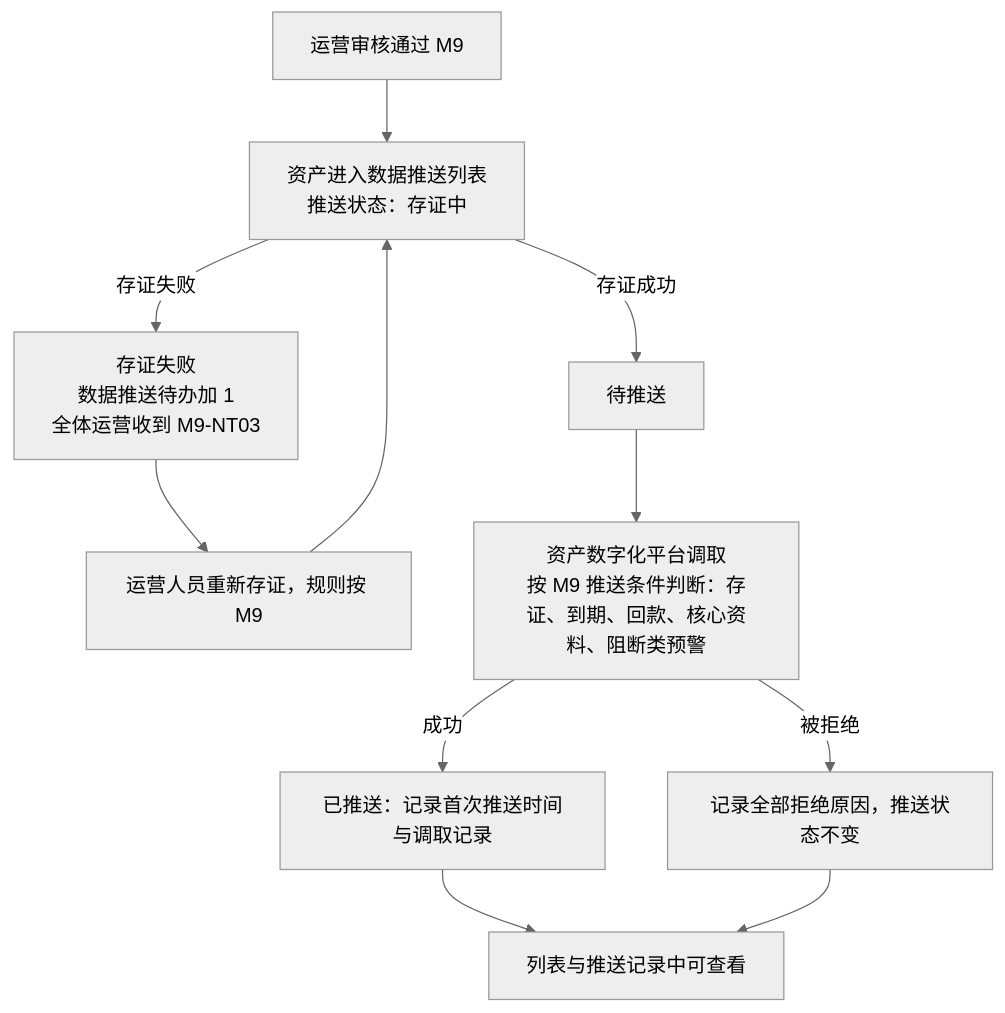
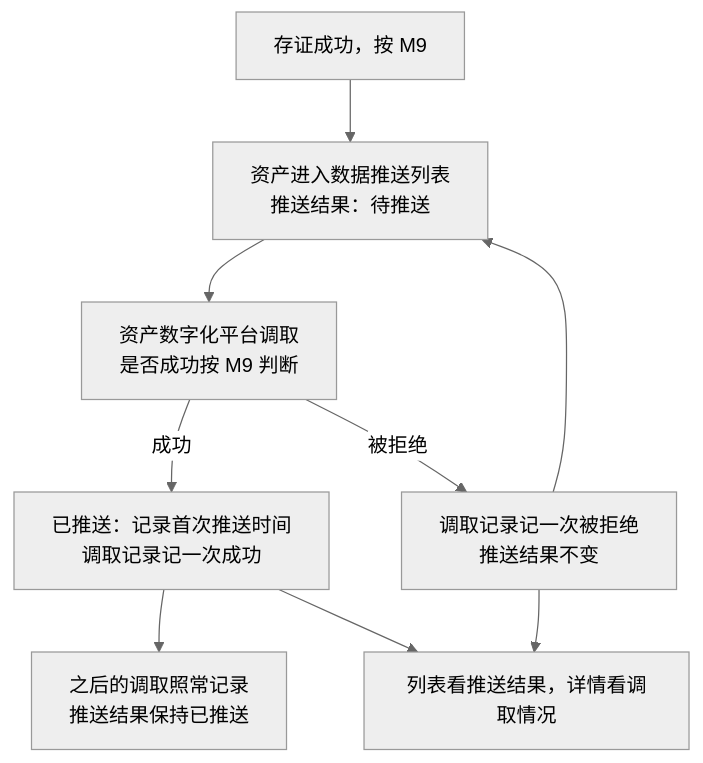
The second of 4 diagrams in asset-trust-platform/PRD/运营端/M15-数据监控/02-数据监控-流程图与状态机.md (wxblockchain/Chain-Financing), drawn with Mermaid (neutral theme) before and after one commit. The commit also changed other lines of this file and 4 other files, not shown here.

````diff
--- a/asset-trust-platform/PRD/运营端/M15-数据监控/02-数据监控-流程图与状态机.md
+++ b/asset-trust-platform/PRD/运营端/M15-数据监控/02-数据监控-流程图与状态机.md
@@ -37,13 +37,11 @@
 ```mermaid
 flowchart TD
-    A[运营审核通过 M9] --> B[资产进入数据推送列表<br/>推送状态：存证中]
-    B -->|存证成功| C[待推送]
-    B -->|存证失败| X[存证失败<br/>数据推送待办加 1<br/>全体运营收到 M9-NT03]
-    X --> R[运营人员重新存证，规则按 M9]
-    R --> B
-    C --> Q[资产数字化平台调取<br/>按 M9 推送条件判断：存证、到期、回款、核心资料、阻断类预警]
-    Q -->|成功| S[已推送：记录首次推送时间与调取记录]
-    Q -->|被拒绝| N[记录全部拒绝原因，推送状态不变]
-    S --> L[列表与推送记录中可查看]
+    A[存证成功，按 M9] --> B[资产进入数据推送列表<br/>推送结果：待推送]
+    B --> Q[资产数字化平台调取<br/>是否成功按 M9 判断]
+    Q -->|成功| S[已推送：记录首次推送时间<br/>调取记录记一次成功]
+    Q -->|被拒绝| N[调取记录记一次被拒绝<br/>推送结果不变]
+    N --> B
+    S --> R[之后的调取照常记录<br/>推送结果保持已推送]
+    S --> L[列表看推送结果，详情看调取情况]
     N --> L
 ```
````
